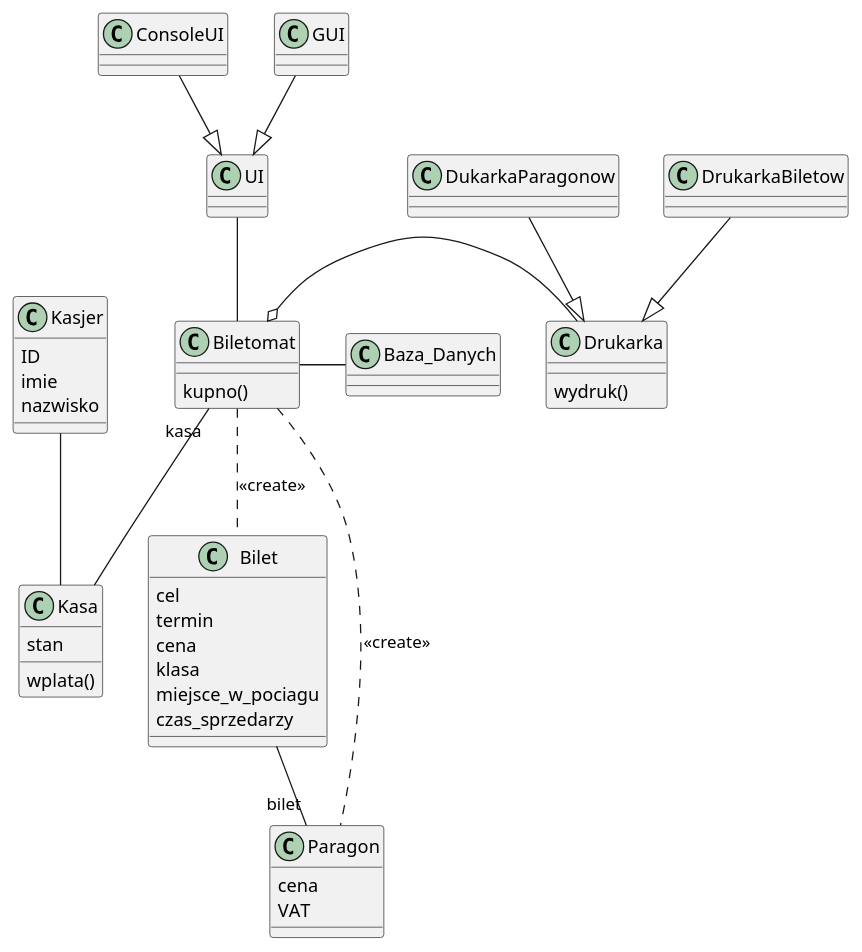
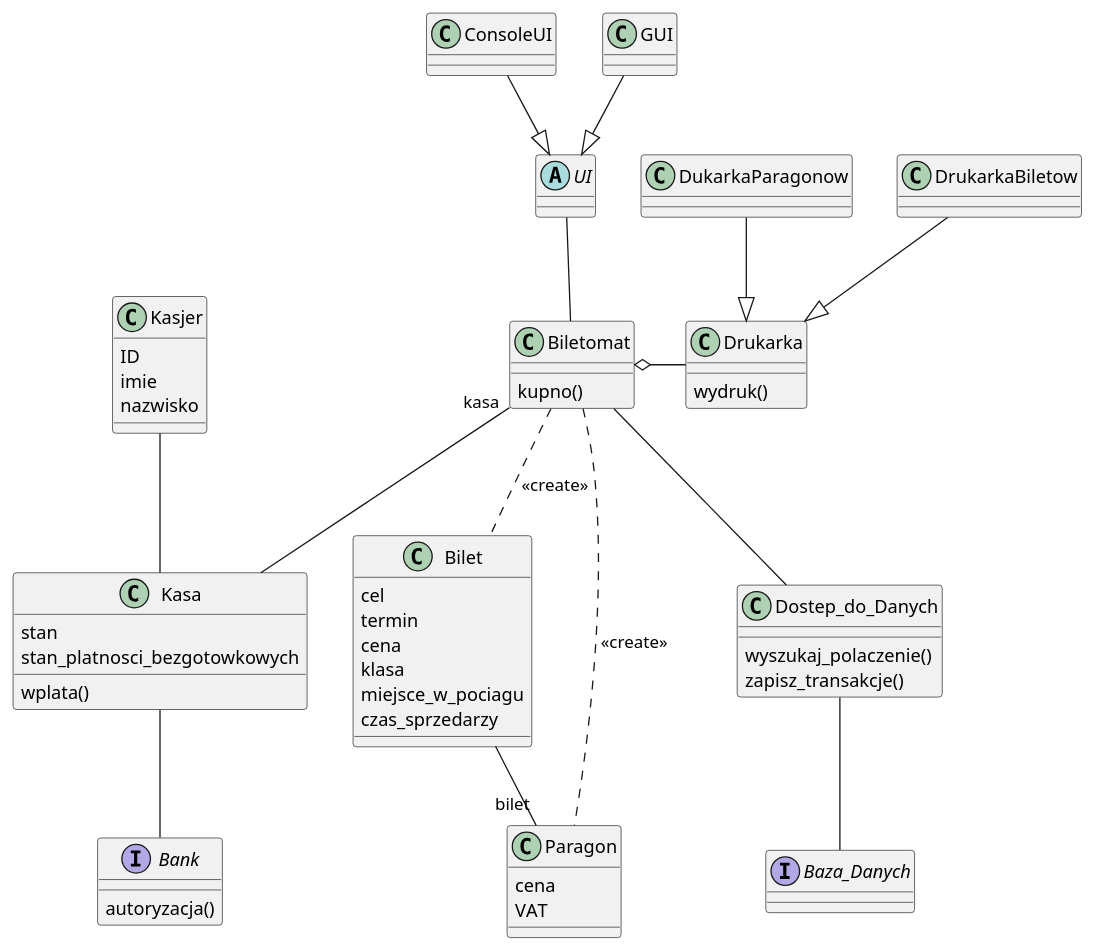
The diagram in dzienne/G1/pkp_class_diagram.plantuml (kpodlaski/Projektowanie_obiektowe2020), drawn with PlantUML before and after one commit.

Commit message:
zajecia 10.12.2020

```diff
--- a/dzienne/G1/pkp_class_diagram.plantuml
+++ b/dzienne/G1/pkp_class_diagram.plantuml
@@ -1,58 +1,70 @@
 @startuml
 
-class UI {
+abstract class UI {
 
 }
 
 class Bilet{
     cel 
     termin
     cena 
     klasa 
     miejsce_w_pociagu
     czas_sprzedarzy
 }
 
 class Paragon{
     'bilet zamieniono na asocjację z klasą Bilet
     cena
     VAT
 }
 
 class Kasjer{
     ID 
     imie
     nazwisko
 }
 
 class Kasa{
     stan
+    stan_platnosci_bezgotowkowych
     wplata()
 }
 
 class Biletomat{
     kupno()
 }
 
 class Drukarka{
     wydruk()
 }
 
-class Baza_Danych{
+class Dostep_do_Danych{
+wyszukaj_polaczenie()
+zapisz_transakcje()
+}
 
+interface Baza_Danych{
 }
+
+interface Bank{
+    autoryzacja()
+}
+
 
 Kasjer -- Kasa
 Bilet -- "bilet" Paragon
 Biletomat "kasa" -- Kasa
 Biletomat .. Bilet : <<create>>
 Biletomat .. Paragon : <<create>>
 UI -- Biletomat
 Biletomat o- Drukarka
-Biletomat - Baza_Danych
+Biletomat -- Dostep_do_Danych
+Dostep_do_Danych -- Baza_Danych
+Kasa -- Bank
 
 ConsoleUI --|>UI
 GUI --|> UI
 DukarkaParagonow --|> Drukarka
 DrukarkaBiletow --|> Drukarka
 @enduml
```
